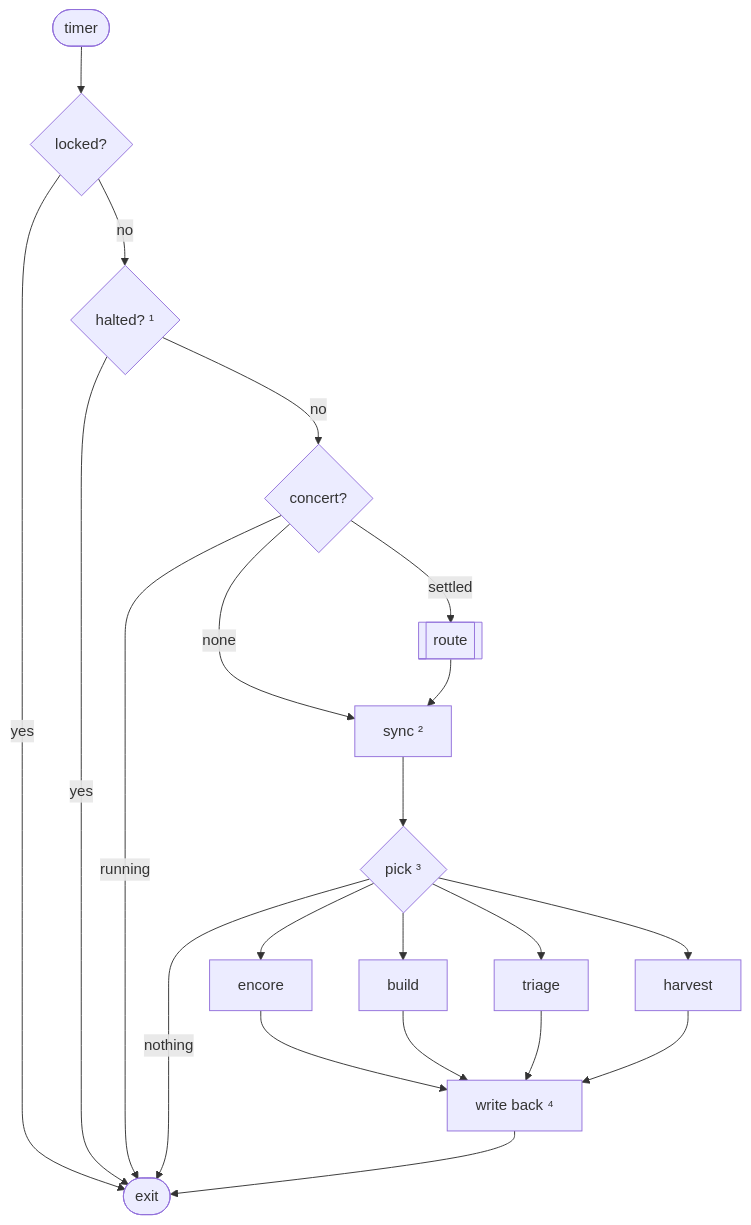
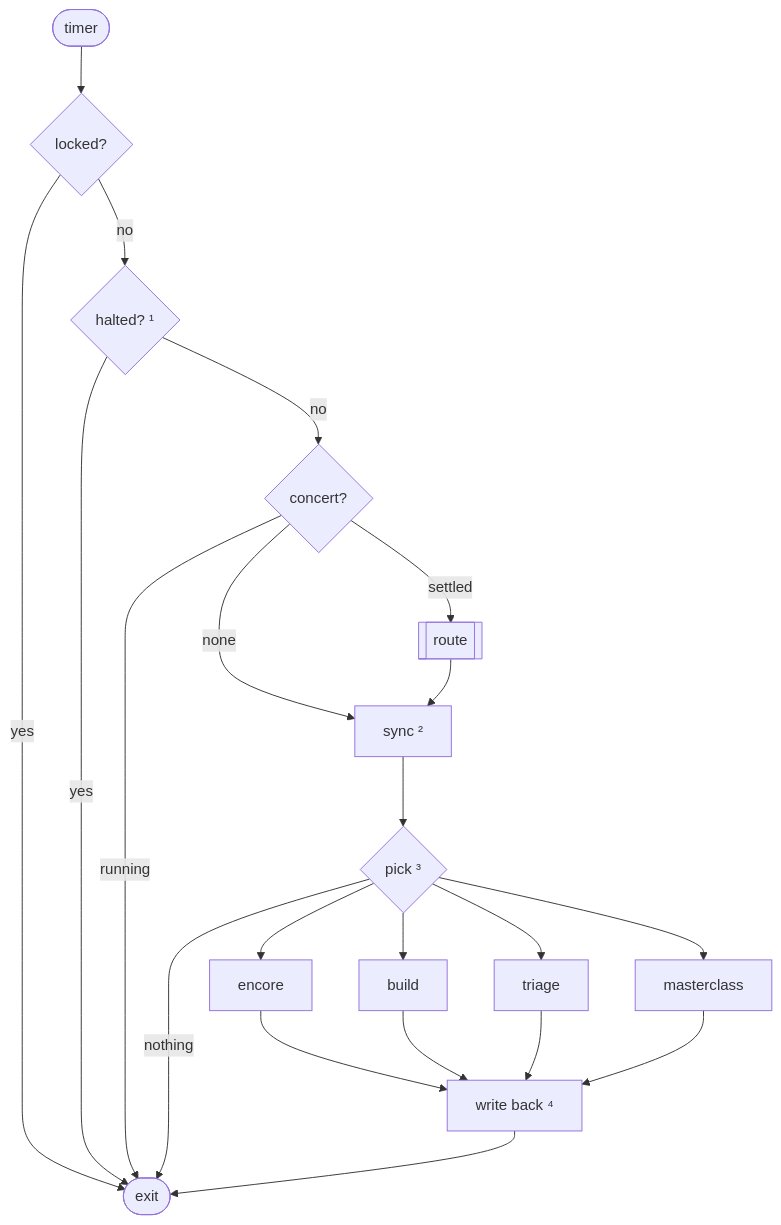
The third of 5 diagrams in docs/agents/factory.md (dvalnn/maestro), drawn with Mermaid before and after one commit. The commit also changed other lines of this file and 11 other files, not shown here.

First line of the commit message:
refactor(factory): rename harvest to masterclass

````diff
--- a/docs/agents/factory.md
+++ b/docs/agents/factory.md
@@ -95,19 +95,19 @@
 ```mermaid
 flowchart TD
     T(["timer"]) --> L{"locked?"}
     L -->|yes| X(["exit"])
     L -->|no| H{"halted? ¹"}
     H -->|yes| X
     H -->|no| C{"concert?"}
     C -->|running| X
     C -->|settled| S[["route"]]
     C -->|none| SY
     S --> SY["sync ²"]
     SY --> P{"pick ³"}
     P --> E["encore"]
     P --> SL["build"]
     P --> TR["triage"]
-    P --> HV["harvest"]
+    P --> MC["masterclass"]
     P -->|nothing| X
-    E & SL & TR & HV --> W["write back ⁴"] --> X
+    E & SL & TR & MC --> W["write back ⁴"] --> X
 ```
````
